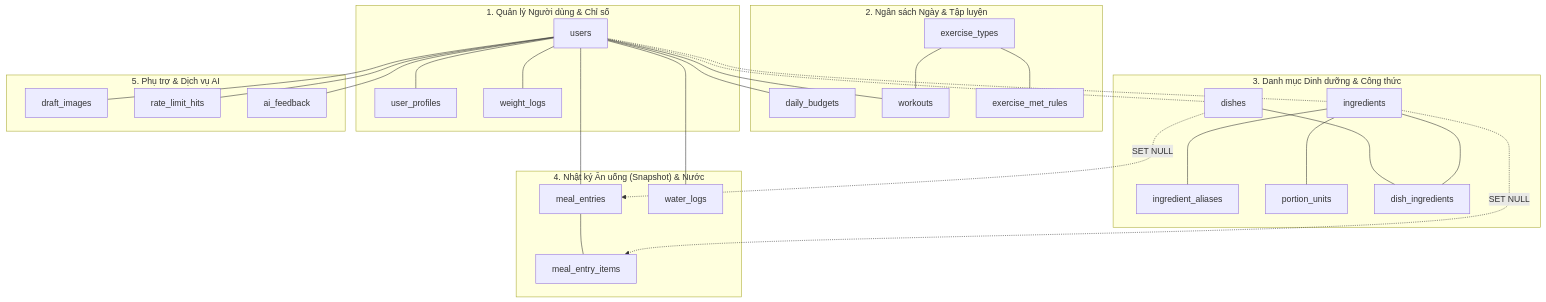
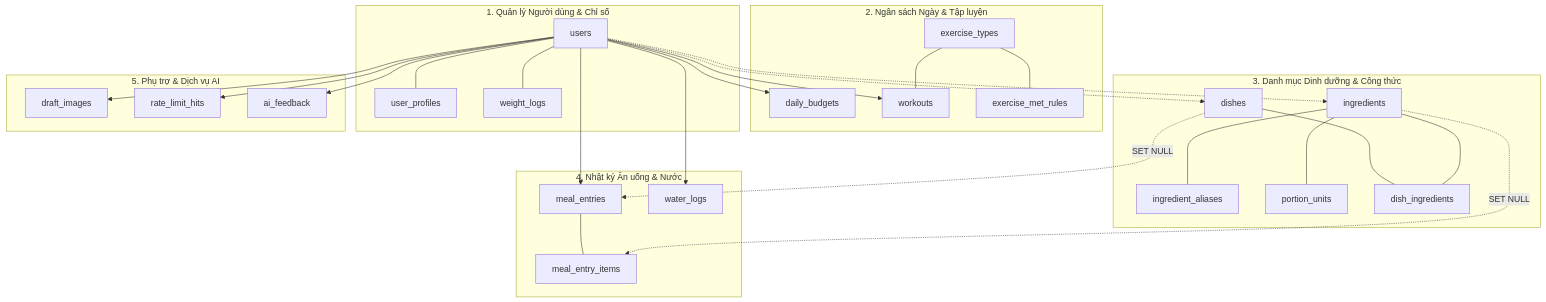
The first of 3 diagrams in docs/02_elaboration/02_database_design.md (TheUn4given123jkbkjs/FlexiDiet), drawn with Mermaid before and after one commit. The commit also changed other lines of this file, not shown here.

Commit message:
docs(elaboration): fix Mermaid flowchart cross-subgraph and erDiagram syntax in database design

````diff
--- a/docs/02_elaboration/02_database_design.md
+++ b/docs/02_elaboration/02_database_design.md
@@ -39,37 +39,46 @@
 ```mermaid
 flowchart TB
     subgraph U_GRP["1. Quản lý Người dùng & Chỉ số"]
-        U["users"] --- UP["user_profiles"]
-        U --- WL["weight_logs"]
+        users["users"] --- user_profiles["user_profiles"]
+        users --- weight_logs["weight_logs"]
     end
 
     subgraph B_GRP["2. Ngân sách Ngày & Tập luyện"]
-        U --- DB["daily_budgets"]
-        U --- W["workouts"]
-        ET["exercise_types"] --- EMR["exercise_met_rules"]
-        ET --- W
+        daily_budgets["daily_budgets"]
+        workouts["workouts"]
+        exercise_types["exercise_types"] --- exercise_met_rules["exercise_met_rules"]
+        exercise_types --- workouts
     end
 
     subgraph C_GRP["3. Danh mục Dinh dưỡng & Công thức"]
-        U -.- ING["ingredients"]
-        ING --- IA["ingredient_aliases"]
-        ING --- PU["portion_units"]
-        U -.- D["dishes"]
-        D --- DI["dish_ingredients"]
-        ING --- DI
+        ingredients["ingredients"] --- ingredient_aliases["ingredient_aliases"]
+        ingredients --- portion_units["portion_units"]
+        dishes["dishes"] --- dish_ingredients["dish_ingredients"]
+        ingredients --- dish_ingredients
     end
 
-    subgraph M_GRP["4. Nhật ký Ăn uống (Snapshot) & Nước"]
-        U --- ME["meal_entries"]
-        ME --- MEI["meal_entry_items"]
-        D -. "SET NULL" .-> ME
-        ING -. "SET NULL" .-> MEI
-        U --- WAT["water_logs"]
+    subgraph M_GRP["4. Nhật ký Ăn uống & Nước"]
+        meal_entries["meal_entries"] --- meal_entry_items["meal_entry_items"]
+        water_logs["water_logs"]
     end
 
     subgraph S_GRP["5. Phụ trợ & Dịch vụ AI"]
-        U --- DI_IMG["draft_images"]
-        U --- RL["rate_limit_hits"]
-        U --- AIF["ai_feedback"]
+        draft_images["draft_images"]
+        rate_limit_hits["rate_limit_hits"]
+        ai_feedback["ai_feedback"]
     end
+
+    %% Các liên kết giữa các miền dữ liệu
+    users --> daily_budgets
+    users --> workouts
+    users --> water_logs
+    users --> meal_entries
+    users -.-> ingredients
+    users -.-> dishes
+    users --> draft_images
+    users --> rate_limit_hits
+    users --> ai_feedback
+
+    dishes -. "SET NULL" .-> meal_entries
+    ingredients -. "SET NULL" .-> meal_entry_items
 ```
````
